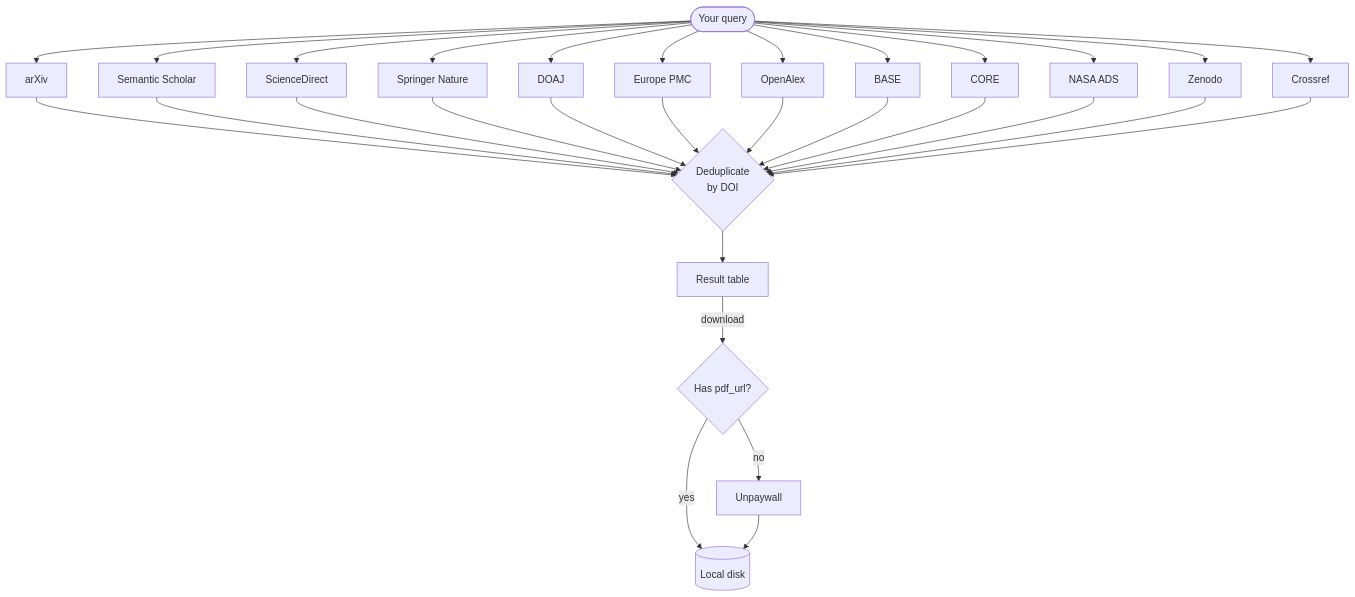
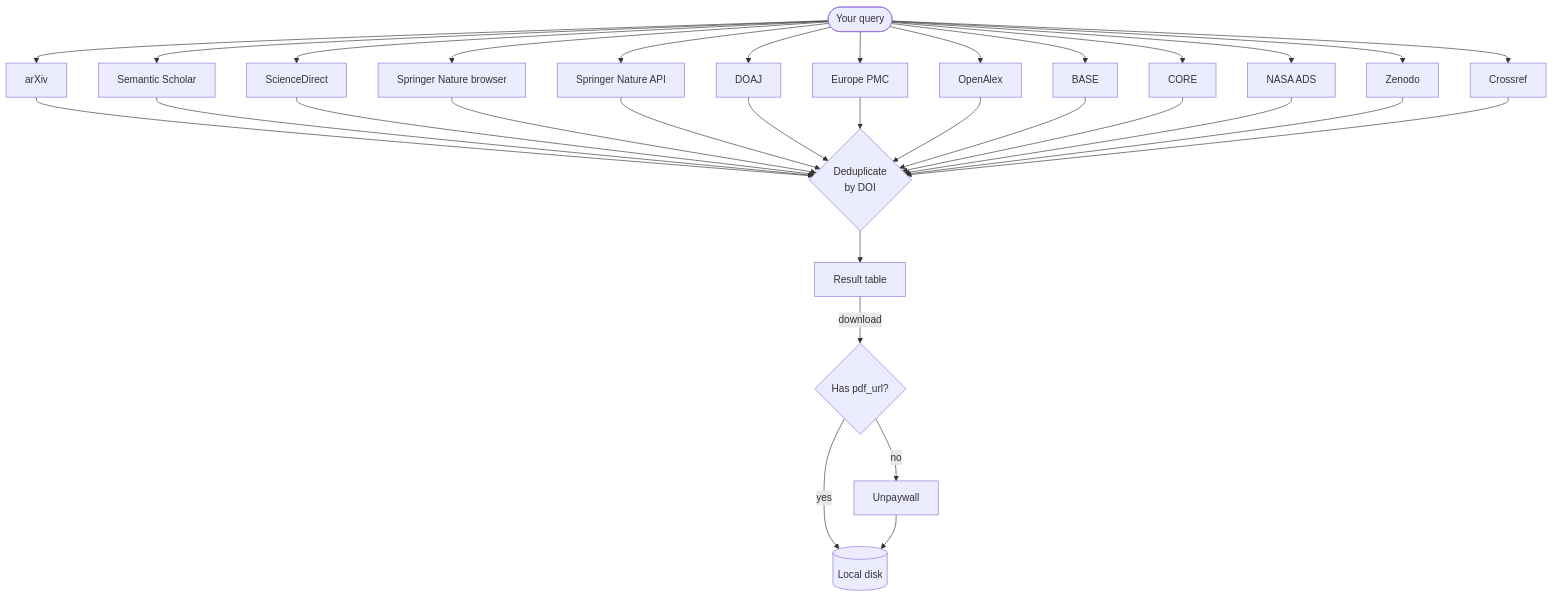
One commit to szaghi/mosaic changed the diagram in docs/guide/sources.md. Above: the diagram before and after it, drawn with Mermaid. The commit also changed other lines of this file and 11 other files, not shown here.

First line of the commit message:
feat(sources): add Springer Nature Open Access API source

````diff
--- a/docs/guide/sources.md
+++ b/docs/guide/sources.md
@@ -9,21 +9,22 @@
 ```mermaid
 flowchart TD
     Q([Your query]) --> A[arXiv]
     Q --> B[Semantic Scholar]
     Q --> C[ScienceDirect]
-    Q --> SP[Springer Nature]
+    Q --> SP[Springer Nature browser]
+    Q --> SPN[Springer Nature API]
     Q --> D[DOAJ]
     Q --> E[Europe PMC]
     Q --> F[OpenAlex]
     Q --> G[BASE]
     Q --> H[CORE]
     Q --> N[NASA ADS]
     Q --> Z[Zenodo]
     Q --> CR[Crossref]
-    A & B & C & SP & D & E & F & G & H & N & Z & CR --> I{Deduplicate\nby DOI}
+    A & B & C & SP & SPN & D & E & F & G & H & N & Z & CR --> I{Deduplicate\nby DOI}
     I --> J[Result table]
     J -->|download| K{Has pdf_url?}
     K -- yes --> L[(Local disk)]
     K -- no --> M[Unpaywall]
     M --> L
 ```
````
